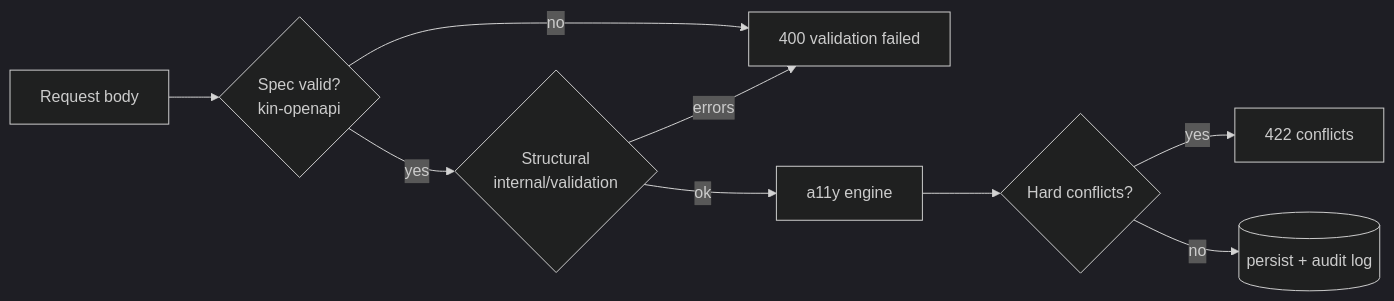
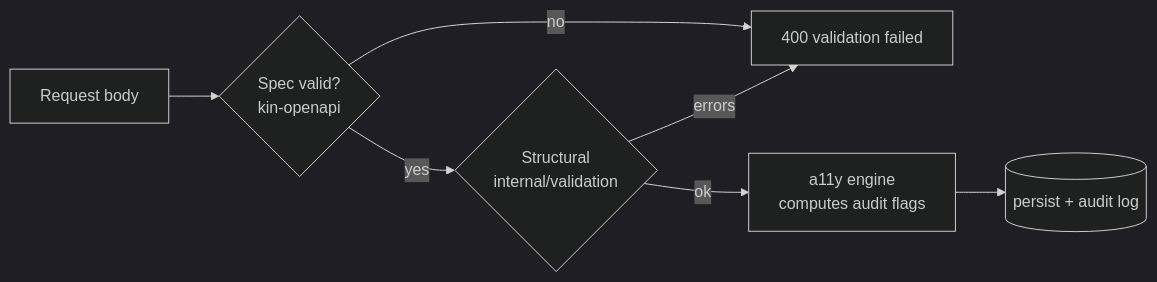
Before and after one commit to InWheelOrg/inwheel-api: the second of 2 diagrams in README.md, drawn with Mermaid (dark theme). The commit also changed other lines of this file and 24 other files, not shown here.

````diff
--- a/README.md
+++ b/README.md
@@ -89,11 +95,9 @@
 ```mermaid
 flowchart LR
   Req[Request body] --> Schema{Spec valid?<br/>kin-openapi}
   Schema -- no --> R400[400 validation failed]
   Schema -- yes --> Struct{Structural<br/>internal/validation}
   Struct -- errors --> R400
-  Struct -- ok --> Engine[a11y engine]
-  Engine --> Conflicts{Hard conflicts?}
-  Conflicts -- yes --> R422[422 conflicts]
-  Conflicts -- no --> Persist[(persist + audit log)]
+  Struct -- ok --> Engine[a11y engine<br/>computes audit flags]
+  Engine --> Persist[(persist + audit log)]
 ```
````
